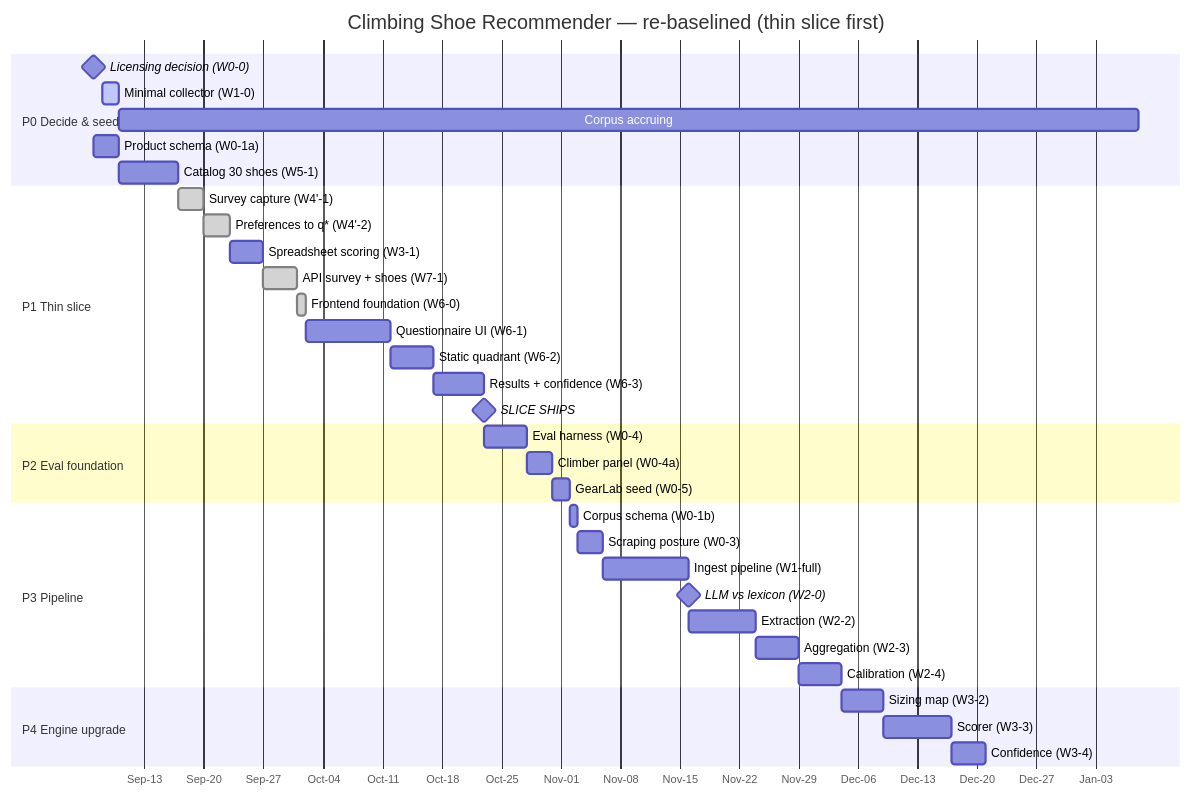
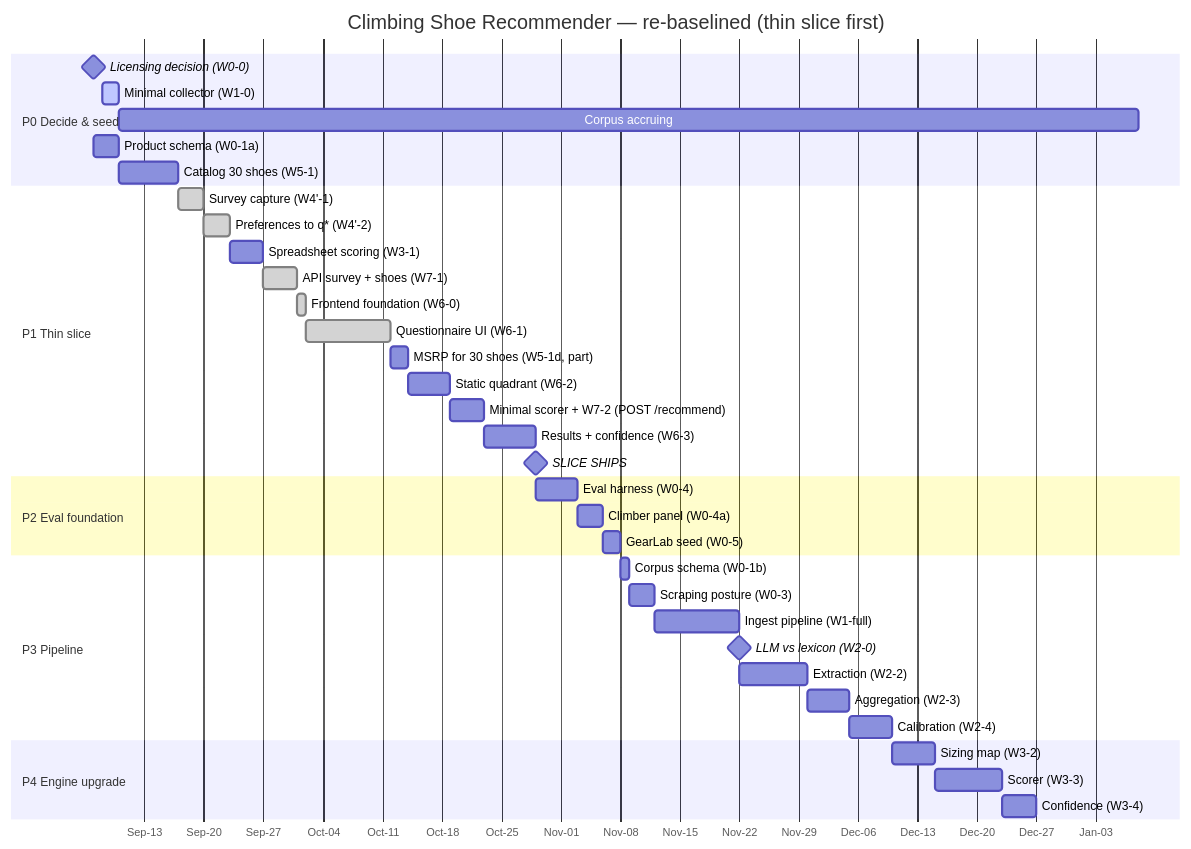
Before and after one commit to barlu3/CruxUp: the second of 2 diagrams in timeline.md, drawn with Mermaid. The commit also changed other lines of this file and 2 other files, not shown here.

First line of the commit message:
W6-1-H: record the 2026-11-05 decisions, strike W6-1, timeline v3.3

````diff
--- a/timeline.md
+++ b/timeline.md
@@ -639,43 +644,45 @@
 ```mermaid
 gantt
   title Climbing Shoe Recommender — re-baselined (thin slice first)
   dateFormat YYYY-MM-DD
   axisFormat %b-%d
 
   section P0 Decide & seed
   Licensing decision (W0-0)        :milestone, m0, 2026-09-07, 0d
   Minimal collector (W1-0)         :active, c0, 2026-09-08, 2d
   Corpus accruing                  :c1, after c0, 120d
   Product schema (W0-1a)           :p0a, 2026-09-07, 3d
   Catalog 30 shoes (W5-1)          :p0b, after p0a, 7d
 
   section P1 Thin slice
   Survey capture (W4'-1)           :done, p1a0, 2026-09-17, 3d
   Preferences to q* (W4'-2)        :done, p1a, after p1a0, 3d
   Spreadsheet scoring (W3-1)       :p1b, after p1a, 4d
   API survey + shoes (W7-1)        :done, p1b2, after p1b, 4d
   Frontend foundation (W6-0)       :done, p1b3, 2026-10-01, 1d
-  Questionnaire UI (W6-1)          :p1c, after p1b2 p1b3, 10d
-  Static quadrant (W6-2)           :p1d, after p1c, 5d
-  Results + confidence (W6-3)      :p1e, after p1d, 6d
+  Questionnaire UI (W6-1)          :done, p1c, after p1b2 p1b3, 10d
+  MSRP for 30 shoes (W5-1d, part)  :p1m, after p1c, 2d
+  Static quadrant (W6-2)           :p1d, after p1m, 5d
+  Minimal scorer + W7-2 (POST /recommend) :p1s, after p1d, 4d
+  Results + confidence (W6-3)      :p1e, after p1s, 6d
   SLICE SHIPS                      :milestone, m1, after p1e, 0d
 
   section P2 Eval foundation
   Eval harness (W0-4)              :p2a, after p1e, 5d
   Climber panel (W0-4a)            :p2b, after p2a, 3d
   GearLab seed (W0-5)              :p2c, after p2b, 2d
 
   section P3 Pipeline
   Corpus schema (W0-1b)            :p3a, after p2c, 1d
   Scraping posture (W0-3)          :p3b, after p3a, 3d
   Ingest pipeline (W1-full)        :p3c, after p3b, 10d
   LLM vs lexicon (W2-0)            :milestone, m2, after p3c, 0d
   Extraction (W2-2)                :p3d, after p3c, 8d
   Aggregation (W2-3)               :p3e, after p3d, 5d
   Calibration (W2-4)               :p3f, after p3e, 5d
 
   section P4 Engine upgrade
   Sizing map (W3-2)                :p4a, after p3f, 5d
   Scorer (W3-3)                    :p4b, after p4a, 8d
   Confidence (W3-4)                :p4c, after p4b, 4d
 ```
````
